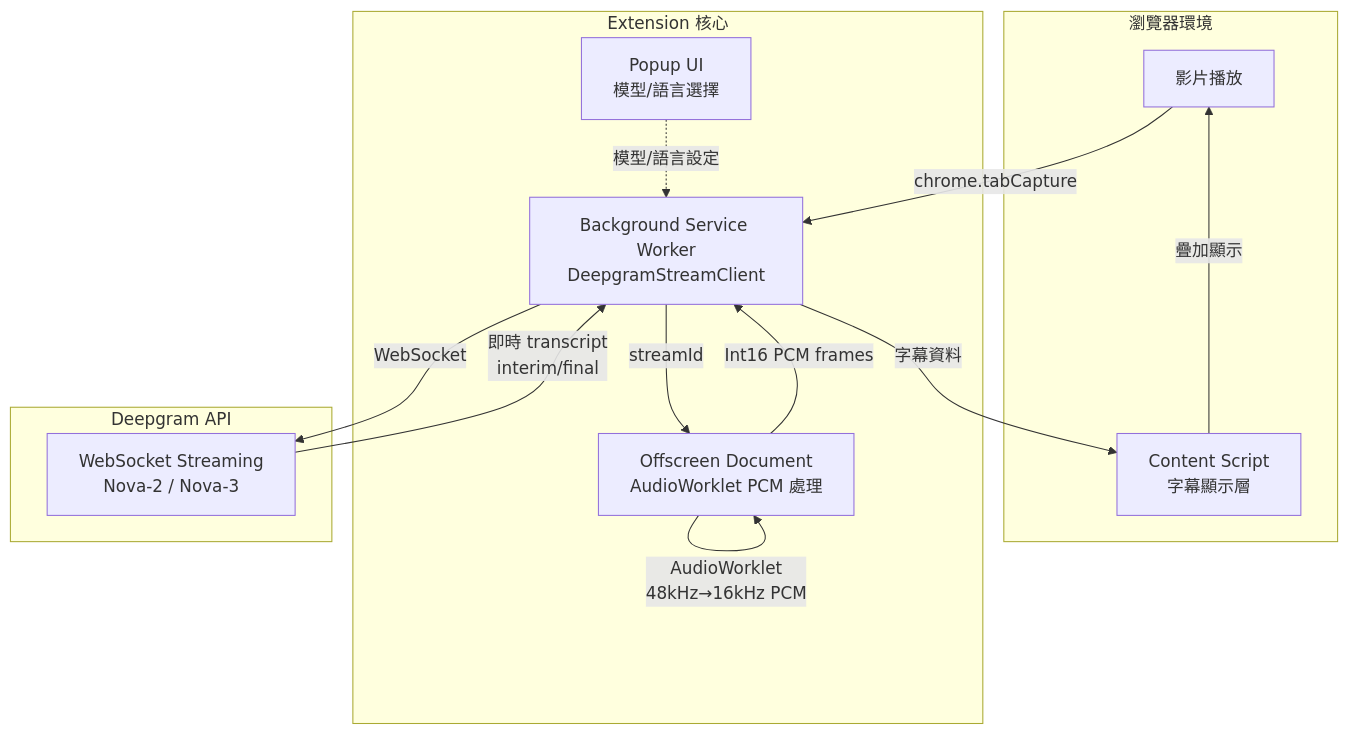
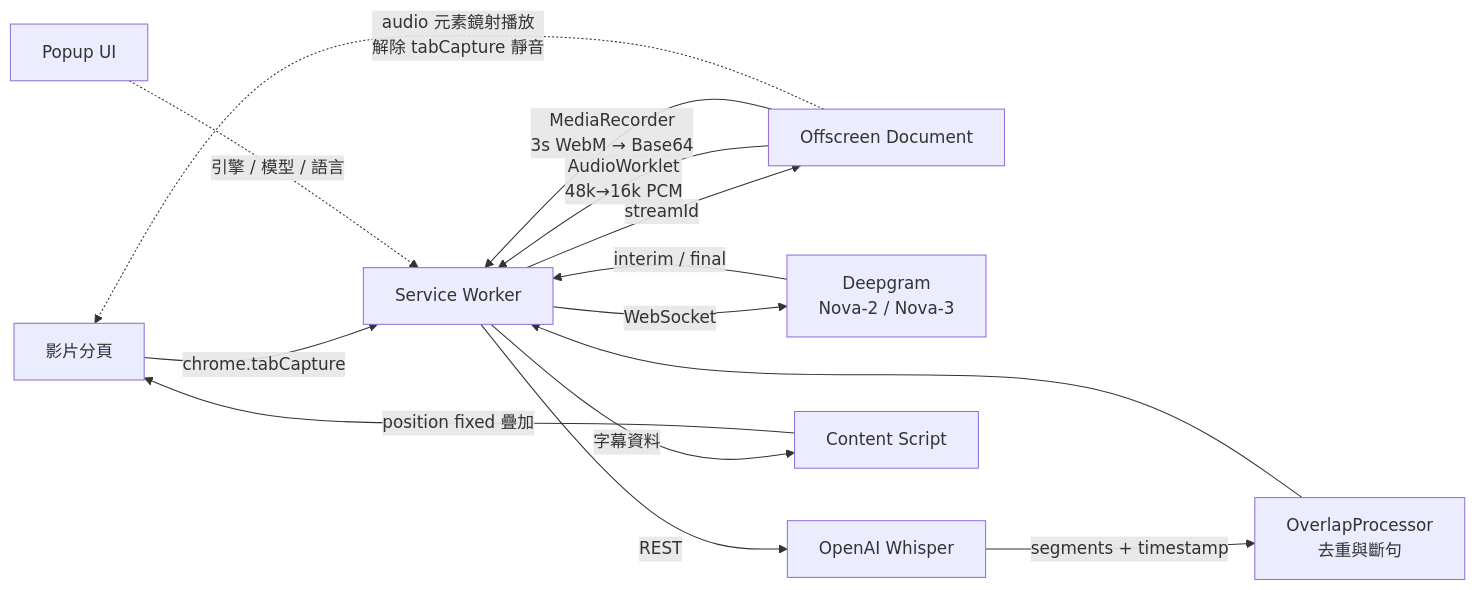
One commit to tznthou/Babel_Bridge changed the diagram in README.md. Above: the diagram before and after it, drawn with Mermaid. The commit also changed other lines of this file and 3 other files, not shown here.

````diff
--- a/README.md
+++ b/README.md
@@ -42,28 +41,20 @@
 ```mermaid
-flowchart TB
-    subgraph Browser["瀏覽器環境"]
-        Video[影片播放]
-        ContentScript[Content Script<br/>字幕顯示層]
-    end
+flowchart LR
+    Video[影片分頁] -->|chrome.tabCapture| SW[Service Worker]
+    SW -->|streamId| OFF[Offscreen Document]
 
-    subgraph Extension["Extension 核心"]
-        Background[Background Service Worker<br/>DeepgramStreamClient]
-        Offscreen[Offscreen Document<br/>AudioWorklet PCM 處理]
-        Popup[Popup UI<br/>模型/語言選擇]
-    end
+    OFF -->|AudioWorklet<br/>48k→16k PCM| SW
+    OFF -->|MediaRecorder<br/>3s WebM → Base64| SW
+    OFF -.->|audio 元素鏡射播放<br/>解除 tabCapture 靜音| Video
 
-    subgraph Deepgram["Deepgram API"]
-        WebSocket[WebSocket Streaming<br/>Nova-2 / Nova-3]
-    end
+    SW -->|WebSocket| DG[Deepgram<br/>Nova-2 / Nova-3]
+    SW -->|REST| WH[OpenAI Whisper]
 
-    Video -->|chrome.tabCapture| Background
-    Background -->|streamId| Offscreen
-    Offscreen -->|getUserMedia| Offscreen
-    Offscreen -->|AudioWorklet<br/>48kHz→16kHz PCM| Offscreen
-    Offscreen -->|Int16 PCM frames| Background
-    Background -->|WebSocket| WebSocket
-    WebSocket -->|即時 transcript<br/>interim/final| Background
-    Background -->|字幕資料| ContentScript
-    ContentScript -->|疊加顯示| Video
-    Popup -.->|模型/語言設定| Background
+    DG -->|interim / final| SW
+    WH -->|segments + timestamp| OP[OverlapProcessor<br/>去重與斷句]
+    OP --> SW
+
+    SW -->|字幕資料| CS[Content Script]
+    CS -->|position fixed 疊加| Video
+    POP[Popup UI] -.->|引擎 / 模型 / 語言| SW
 ```
````
